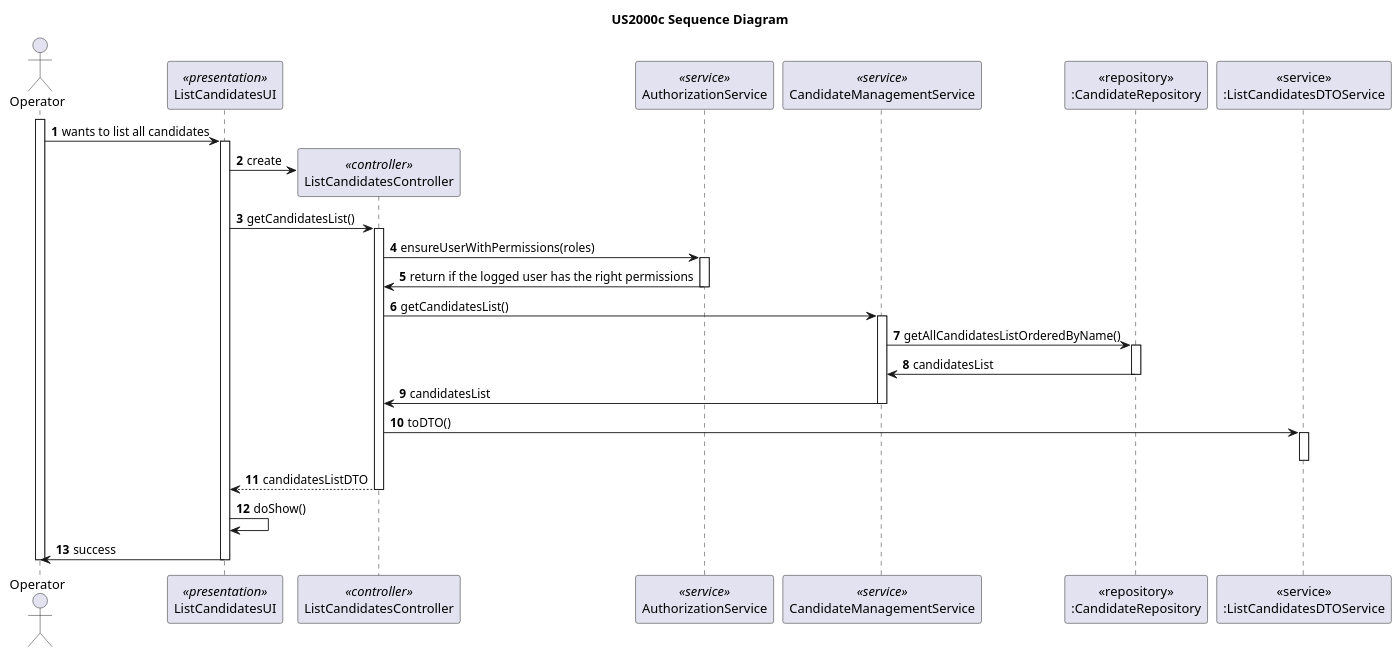
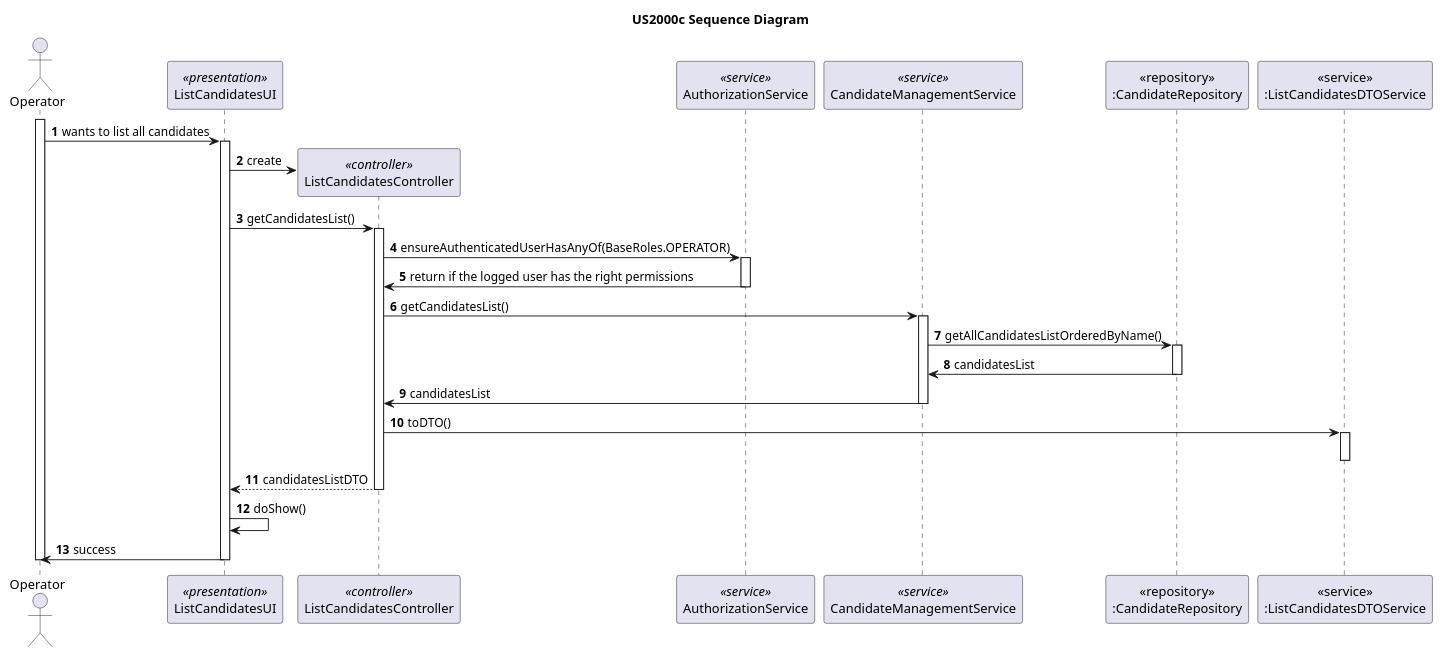
Before and after one commit to rita-barbosa/LAPR4-2324: the diagram in docs/sb_us_2000c/US2000c_SD/sd-us-2000c.puml, drawn with PlantUML. The commit also changed 2 other files, not shown here.

```diff
--- a/docs/sb_us_2000c/US2000c_SD/sd-us-2000c.puml
+++ b/docs/sb_us_2000c/US2000c_SD/sd-us-2000c.puml
@@ -1,54 +1,54 @@
 @startuml US2000c_SD
 autonumber
 title US2000c Sequence Diagram
 
 actor "Operator" as USER
 
 participant "ListCandidatesUI" as UI <<presentation>>
 participant "ListCandidatesController" as CTRL <<controller>>
 participant "AuthorizationService" as AUTHZ <<service>>
 participant "CandidateManagementService" as CMS <<service>>
 participant "<<repository>>\n:CandidateRepository" as CandidateRepository
 participant "<<service>>\n:ListCandidatesDTOService" as DTO
 
 activate USER
 
 USER -> UI: wants to list all candidates
 activate UI
 
 UI -> CTRL **: create
 
 
 UI -> CTRL : getCandidatesList()
 activate CTRL
 
-CTRL -> AUTHZ:  ensureUserWithPermissions(roles)
+CTRL -> AUTHZ:  ensureAuthenticatedUserHasAnyOf(BaseRoles.OPERATOR)
 activate AUTHZ
 AUTHZ -> CTRL:  return if the logged user has the right permissions
 deactivate AUTHZ
 
 CTRL-> CMS: getCandidatesList()
 activate CMS
 
     CMS -> CandidateRepository: getAllCandidatesListOrderedByName()
     activate CandidateRepository
     CandidateRepository -> CMS: candidatesList
     deactivate CandidateRepository
 
     CMS -> CTRL: candidatesList
 deactivate CMS
 
 CTRL -> DTO : toDTO()
 activate DTO
 deactivate DTO
 
 CTRL --> UI : candidatesListDTO
 deactivate CTRL
 
 UI -> UI : doShow()
 UI -> USER : success
 
 deactivate UI
 deactivate USER
 
 @enduml
```
